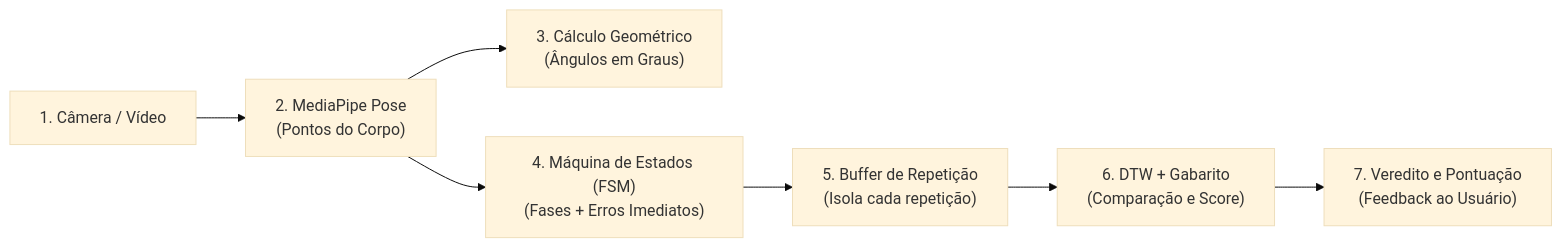
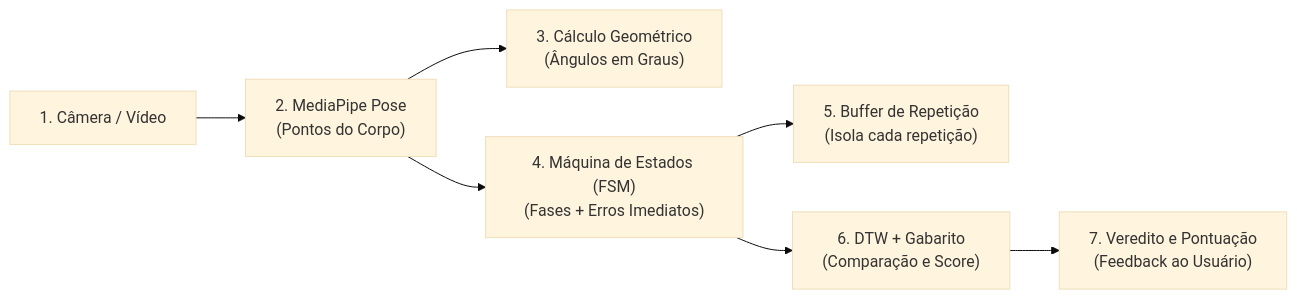
The diagram in EXPLICACAO_IA.md (heitoroliveira75/EngSoftTrabalho_Personal_TrainerIA), drawn with Mermaid (base theme) before and after one commit. The commit also changed other lines of this file and 4 other files, not shown here.

````diff
--- a/EXPLICACAO_IA.md
+++ b/EXPLICACAO_IA.md
@@ -24,9 +24,9 @@
 ```mermaid
 flowchart LR
     A["1. Câmera / Vídeo"] --> B["2. MediaPipe Pose\n(Pontos do Corpo)"]
     B --> C["3. Cálculo Geométrico\n(Ângulos em Graus)"]
     B --> D["4. Máquina de Estados (FSM)\n(Fases + Erros Imediatos)"]
     D --> E["5. Buffer de Repetição\n(Isola cada repetição)"]
-    E --> F["6. DTW + Gabarito\n(Comparação e Score)"]
+    D --> F["6. DTW + Gabarito\n(Comparação e Score)"]
     F --> G["7. Veredito e Pontuação\n(Feedback ao Usuário)"]
 ```
````
